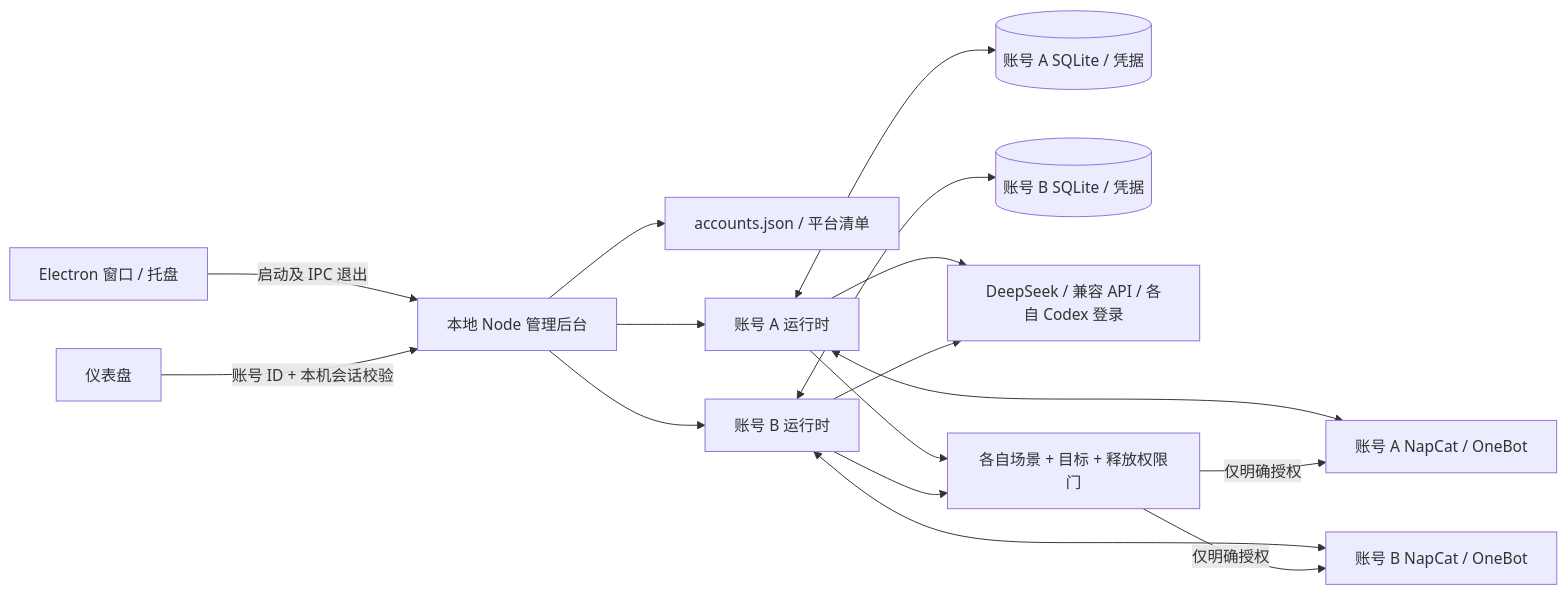
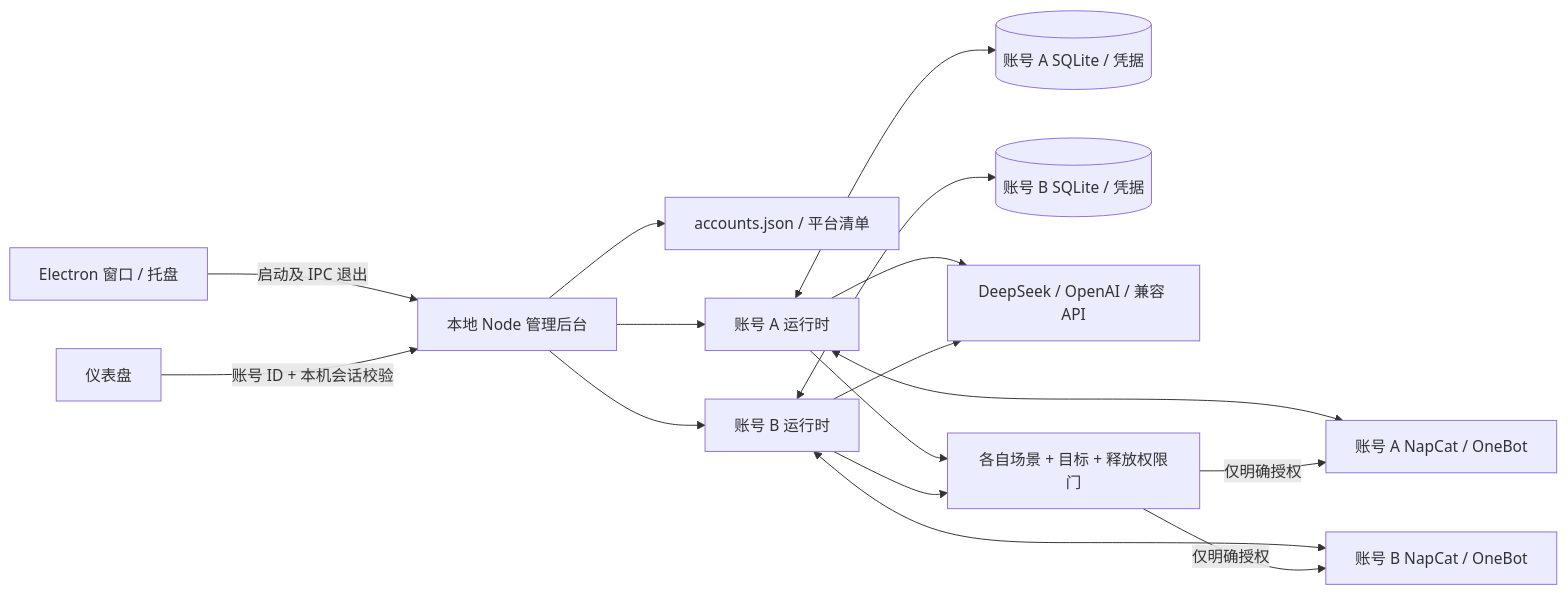
The diagram in docs/ARCHITECTURE.md (klwb360/QQ_Service), drawn with Mermaid before and after one commit. The commit also changed other lines of this file and 48 other files, not shown here.

````diff
--- a/docs/ARCHITECTURE.md
+++ b/docs/ARCHITECTURE.md
@@ -25,18 +25,18 @@
 ```mermaid
 flowchart LR
   Desktop[Electron 窗口 / 托盘] -->|启动及 IPC 退出| Server[本地 Node 管理后台]
   UI[仪表盘] -->|账号 ID + 本机会话校验| Server
   Server --> Catalog[accounts.json / 平台清单]
   Server --> A[账号 A 运行时]
   Server --> B[账号 B 运行时]
   A <--> NA[账号 A NapCat / OneBot]
   B <--> NB[账号 B NapCat / OneBot]
   A <--> SA[(账号 A SQLite / 凭据)]
   B <--> SB[(账号 B SQLite / 凭据)]
-  A --> Models[DeepSeek / 兼容 API / 各自 Codex 登录]
+  A --> Models[DeepSeek / OpenAI / 兼容 API]
   B --> Models
   A --> Gate[各自场景 + 目标 + 释放权限门]
   B --> Gate
   Gate -->|仅明确授权| NA
   Gate -->|仅明确授权| NB
 ```
````
